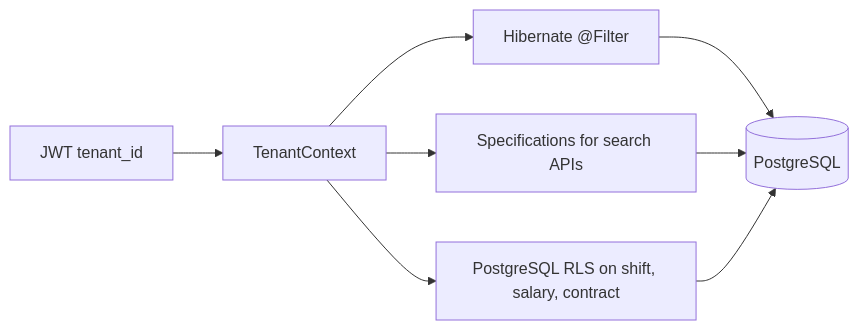
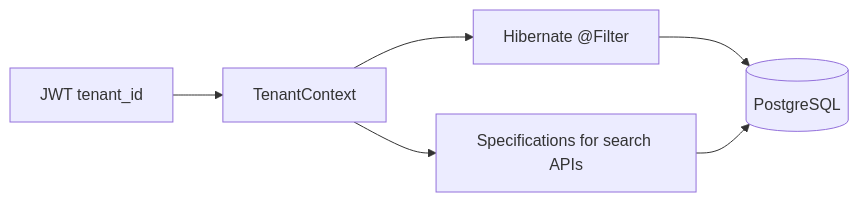
Before and after one commit to zerotechmn/multi-tenant-architecture: the fifth of 5 diagrams in docs/index.md, drawn with Mermaid. The commit also changed other lines of this file and 1 other file, not shown here.

````diff
--- a/docs/index.md
+++ b/docs/index.md
@@ -596,10 +533,8 @@
 ```mermaid
 flowchart LR
     JWT[JWT tenant_id] --> TC[TenantContext]
     TC --> HF[Hibernate @Filter]
     TC --> SP[Specifications for search APIs]
-    TC --> RLS[PostgreSQL RLS on shift, salary, contract]
     HF --> DB[(PostgreSQL)]
     SP --> DB
-    RLS --> DB
 ```
````
